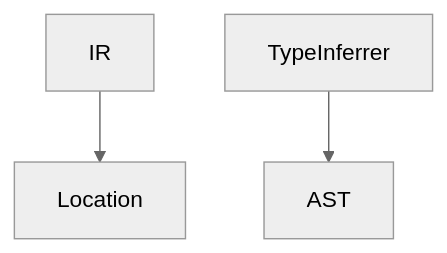
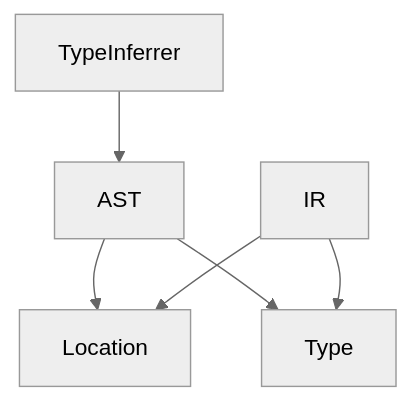
The diagram in README.md (0918nobita/waxt), drawn with Mermaid (neutral theme) before and after one commit. The commit also changed other lines of this file, not shown here.

````diff
--- a/README.md
+++ b/README.md
@@ -58,5 +68,8 @@
 ```mermaid
 graph TB
+  AST-->Location
+  AST-->Type
   IR-->Location
+  IR-->Type
   TypeInferrer-->AST
 ```
````
